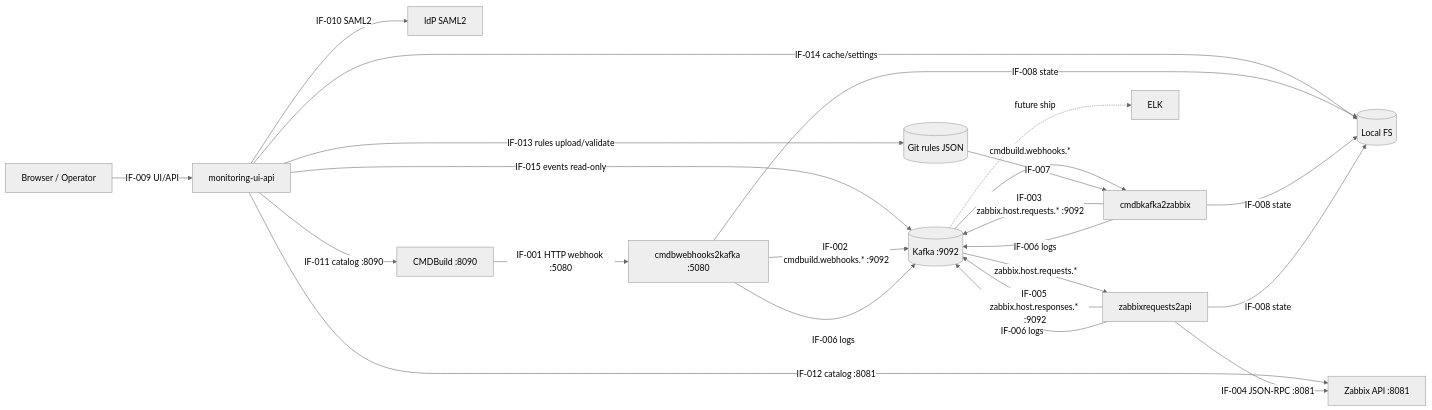
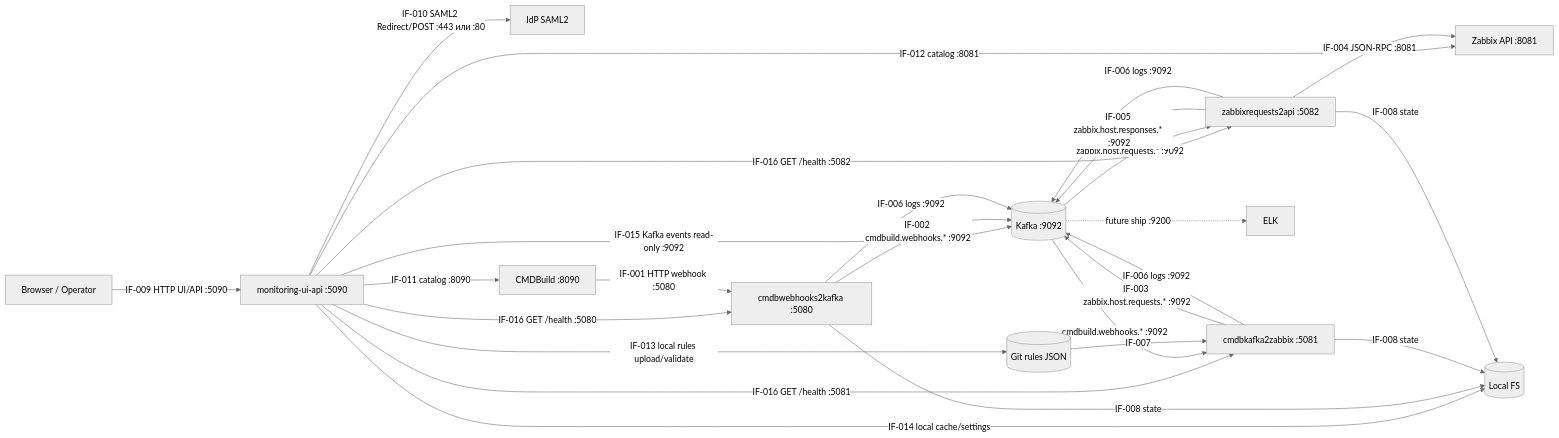
Before and after one commit to igorlyapin-max/cmdb2monitoring: the diagram in aa/information-model.mmd, drawn with Mermaid (neutral theme). The commit also changed 11 other files, not shown here.

Commit message:
Update architecture artifacts from aa requirements

```diff
--- a/aa/information-model.mmd
+++ b/aa/information-model.mmd
@@ -1,23 +1,26 @@
 flowchart LR
-    browser[Browser / Operator] -->|IF-009 UI/API| ui[monitoring-ui-api]
-    ui -->|IF-010 SAML2| idp[IdP SAML2]
+    browser[Browser / Operator] -->|IF-009 HTTP UI/API :5090| ui[monitoring-ui-api :5090]
+    ui -->|IF-010 SAML2 Redirect/POST :443 или :80| idp[IdP SAML2]
     ui -->|IF-011 catalog :8090| cmdb
     ui -->|IF-012 catalog :8081| zbx
-    ui -->|IF-013 rules upload/validate| rules
-    ui -->|IF-014 cache/settings| fs
-    ui -->|IF-015 events read-only| kafka
+    ui -->|IF-013 local rules upload/validate| rules
+    ui -->|IF-014 local cache/settings| fs
+    ui -->|IF-015 Kafka events read-only :9092| kafka
+    ui -->|IF-016 GET /health :5080| wh
+    ui -->|IF-016 GET /health :5081| conv
+    ui -->|IF-016 GET /health :5082| api
     cmdb[CMDBuild :8090] -->|IF-001 HTTP webhook :5080| wh[cmdbwebhooks2kafka :5080]
     wh -->|IF-002 cmdbuild.webhooks.* :9092| kafka[(Kafka :9092)]
-    kafka -->|cmdbuild.webhooks.*| conv[cmdbkafka2zabbix]
+    kafka -->|cmdbuild.webhooks.* :9092| conv[cmdbkafka2zabbix :5081]
     rules[(Git rules JSON)] -->|IF-007| conv
     conv -->|IF-003 zabbix.host.requests.* :9092| kafka
-    kafka -->|zabbix.host.requests.*| api[zabbixrequests2api]
+    kafka -->|zabbix.host.requests.* :9092| api[zabbixrequests2api :5082]
     api -->|IF-004 JSON-RPC :8081| zbx[Zabbix API :8081]
     api -->|IF-005 zabbix.host.responses.* :9092| kafka
-    wh -->|IF-006 logs| kafka
-    conv -->|IF-006 logs| kafka
-    api -->|IF-006 logs| kafka
+    wh -->|IF-006 logs :9092| kafka
+    conv -->|IF-006 logs :9092| kafka
+    api -->|IF-006 logs :9092| kafka
     wh -->|IF-008 state| fs[(Local FS)]
     conv -->|IF-008 state| fs
     api -->|IF-008 state| fs
-    kafka -. future ship .-> elk[ELK]
+    kafka -. future ship :9200 .-> elk[ELK]
```
